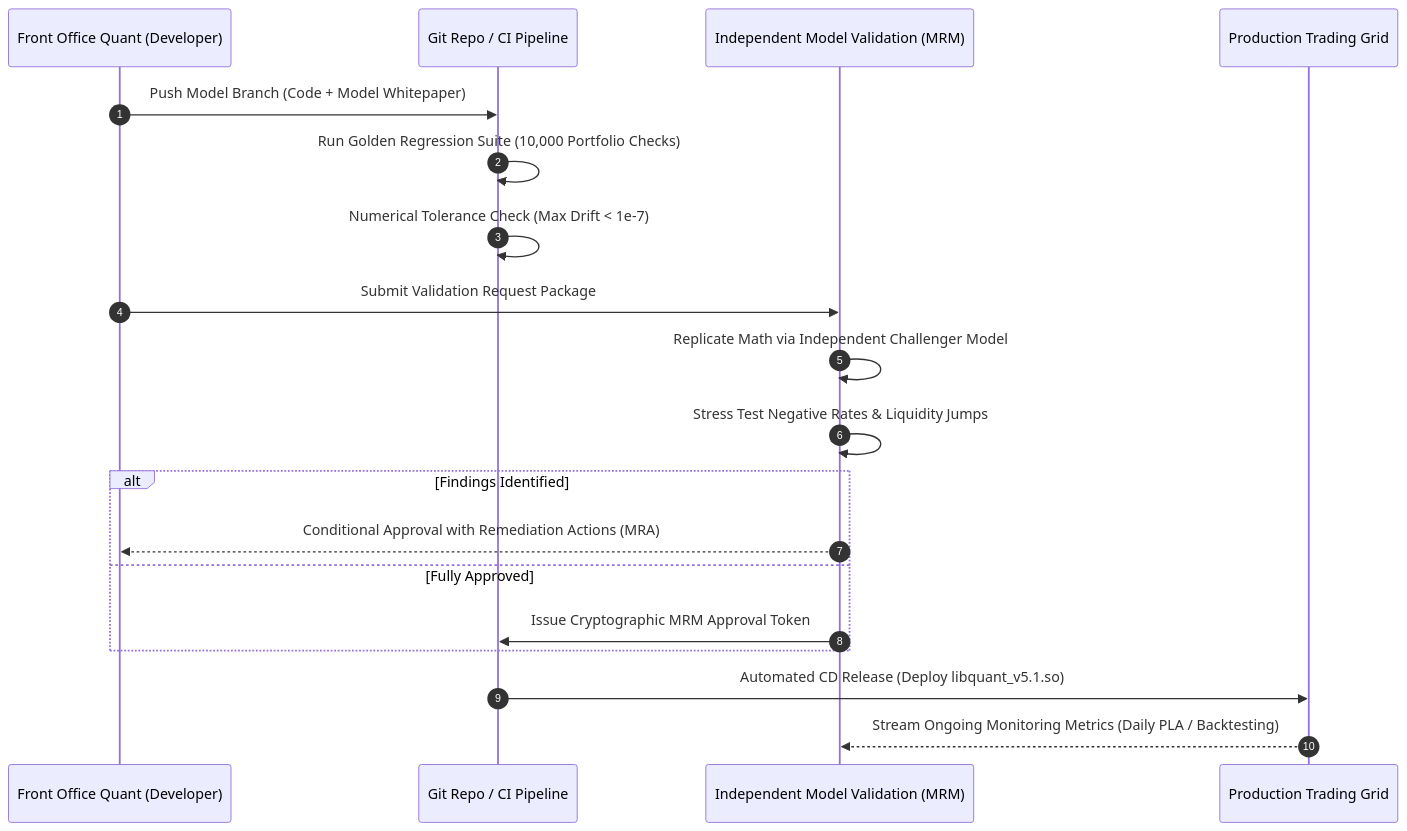
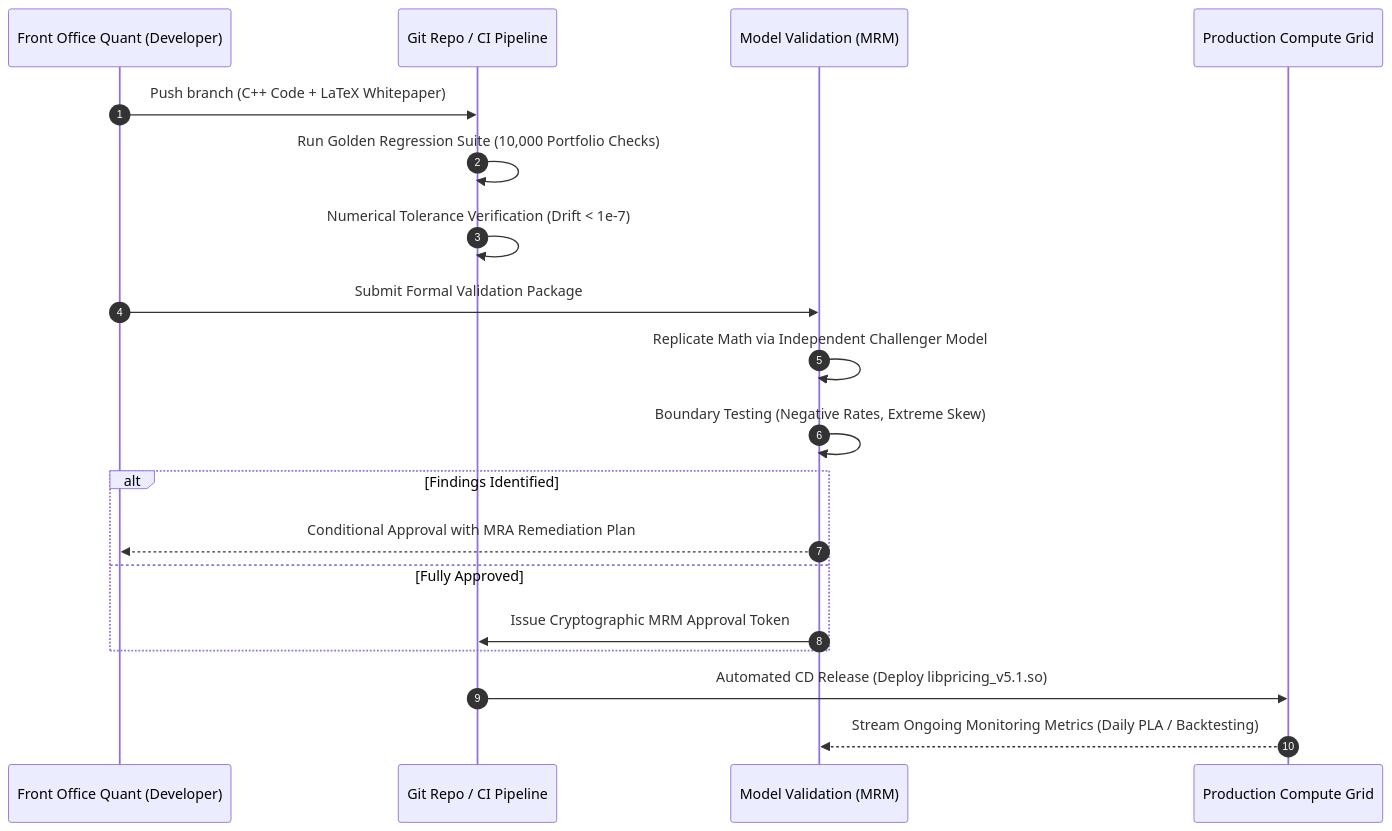
One commit to shreejitverma/The-Quant-Prep changed the second of 2 diagrams in 18-Pricing-and-Risk-Systems/15-Model-Governance.md. Above: the diagram before and after it, drawn with Mermaid. The commit also changed other lines of this file and 25 other files, not shown here.

````diff
--- a/18-Pricing-and-Risk-Systems/15-Model-Governance.md
+++ b/18-Pricing-and-Risk-Systems/15-Model-Governance.md
@@ -90,25 +96,25 @@
 ```mermaid
 sequenceDiagram
     autonumber
     participant Quant as Front Office Quant (Developer)
-    participant Git as Git Repo / CI Pipeline
-    participant IMV as Independent Model Validation (MRM)
-    participant Prod as Production Trading Grid
+    participant CI as Git Repo / CI Pipeline
+    participant IMV as Model Validation (MRM)
+    participant Prod as Production Compute Grid
 
-    Quant->>Git: Push Model Branch (Code + Model Whitepaper)
-    Git->>Git: Run Golden Regression Suite (10,000 Portfolio Checks)
-    Git->>Git: Numerical Tolerance Check (Max Drift < 1e-7)
+    Quant->>CI: Push branch (C++ Code + LaTeX Whitepaper)
+    CI->>CI: Run Golden Regression Suite (10,000 Portfolio Checks)
+    CI->>CI: Numerical Tolerance Verification (Drift < 1e-7)
     
-    Quant->>IMV: Submit Validation Request Package
+    Quant->>IMV: Submit Formal Validation Package
     IMV->>IMV: Replicate Math via Independent Challenger Model
-    IMV->>IMV: Stress Test Negative Rates & Liquidity Jumps
+    IMV->>IMV: Boundary Testing (Negative Rates, Extreme Skew)
     
     alt Findings Identified
-        IMV-->>Quant: Conditional Approval with Remediation Actions (MRA)
+        IMV-->>Quant: Conditional Approval with MRA Remediation Plan
     else Fully Approved
-        IMV->>Git: Issue Cryptographic MRM Approval Token
+        IMV->>CI: Issue Cryptographic MRM Approval Token
     end
 
-    Git->>Prod: Automated CD Release (Deploy libquant_v5.1.so)
+    CI->>Prod: Automated CD Release (Deploy libpricing_v5.1.so)
     Prod-->>IMV: Stream Ongoing Monitoring Metrics (Daily PLA / Backtesting)
 ```
````
